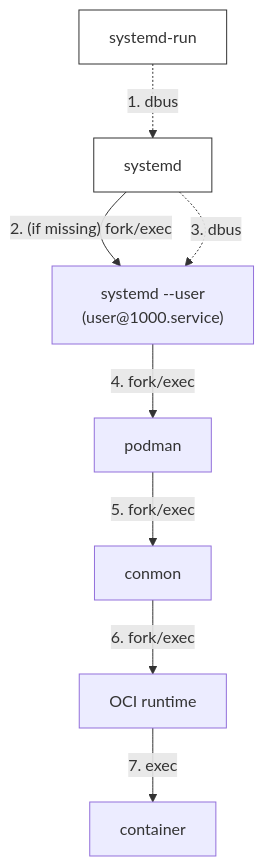
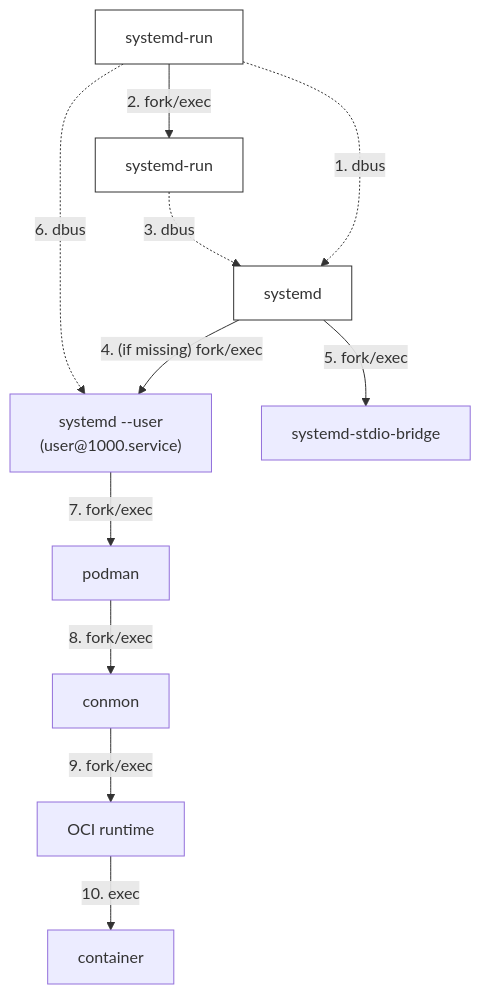
Before and after one commit to eriksjolund/podman-systemd-run-docs: the second of 2 diagrams in README.md, drawn with Mermaid. The commit also changed other lines of this file, not shown here.

Commit message:
Update experimental description of --machine flow

````diff
--- a/README.md
+++ b/README.md
@@ -92,14 +92,17 @@
 ``` mermaid
 graph TB
 
     a1[systemd-run] -.->|1. dbus| a2[systemd]
-    a2 -->|"2. (if missing) fork/exec"| a3["systemd --user<br>(user@1000.service)"]
-    a2 -.->|3. dbus| a3
-    a3 -->|4. fork/exec| a4[podman]
-    a4 -->|5. fork/exec| a5[conmon]
-    a5 -->|6. fork/exec| a6[OCI runtime]
-    a6 -->|7. exec| a7[container]
+    a1 -->|"2. fork/exec"| a3[systemd-run]
+    a3 -.->|"3. dbus"| a2
+    a2 -->|"4. (if missing) fork/exec"| a4["systemd --user<br>(user@1000.service)"]
+    a2 -->|"5. fork/exec"| a5[systemd-stdio-bridge]
+    a1 -.->|"6. dbus"| a4
+    a4 -->|7. fork/exec| a6[podman]
+    a6 -->|8. fork/exec| a7[conmon]
+    a7 -->|9. fork/exec| a8[OCI runtime]
+    a8 -->|10. exec| a9[container]
 
     classDef white fill:#fff,stroke:#333;
-    class a1,a2 white;
+    class a1,a2,a3 white;
 ```
````
